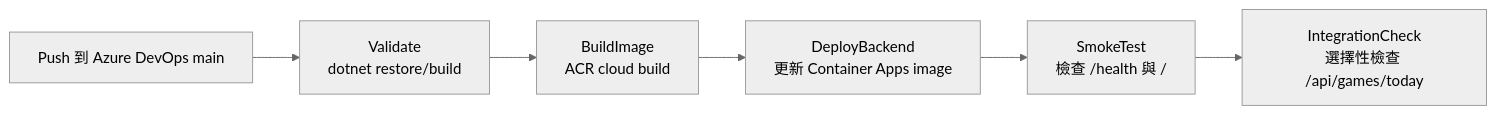
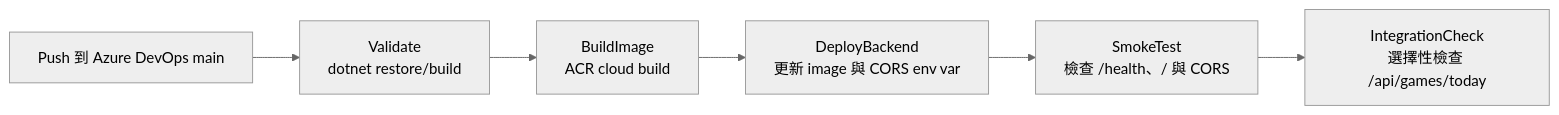
Before and after one commit to sungYiCheng/MLB: the fourth of 4 diagrams in docs/learning-record.md, drawn with Mermaid (neutral theme). The commit also changed other lines of this file and 8 other files, not shown here.

````diff
--- a/docs/learning-record.md
+++ b/docs/learning-record.md
@@ -92,8 +92,8 @@
 ```mermaid
 flowchart LR
     Push[Push 到 Azure DevOps main] --> Validate[Validate<br/>dotnet restore/build]
     Validate --> BuildImage[BuildImage<br/>ACR cloud build]
-    BuildImage --> DeployBackend[DeployBackend<br/>更新 Container Apps image]
-    DeployBackend --> SmokeTest[SmokeTest<br/>檢查 /health 與 /]
+    BuildImage --> DeployBackend[DeployBackend<br/>更新 image 與 CORS env var]
+    DeployBackend --> SmokeTest[SmokeTest<br/>檢查 /health、/ 與 CORS]
     SmokeTest --> IntegrationCheck[IntegrationCheck<br/>選擇性檢查 /api/games/today]
 ```
````
